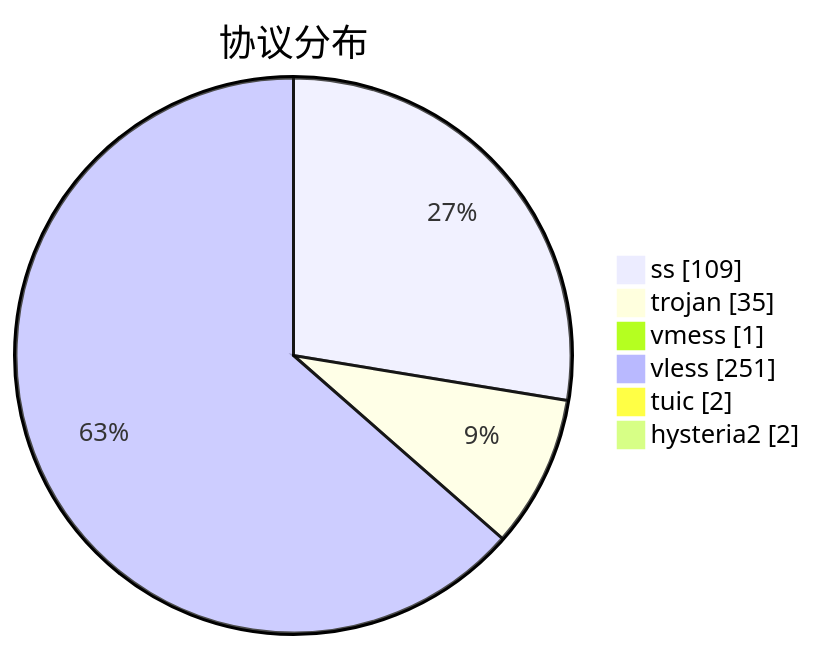
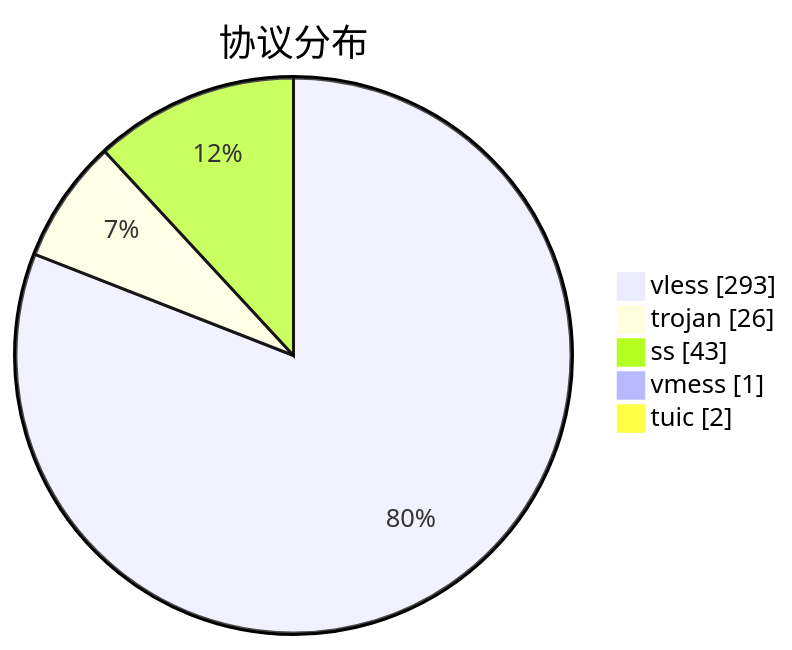
The third of 3 diagrams in subs/statistics/tested_within.md (qjlxg/airport), drawn with Mermaid before and after one commit. The commit also changed other lines of this file and 2 other files, not shown here.

````diff
--- a/subs/statistics/tested_within.md
+++ b/subs/statistics/tested_within.md
@@ -35,10 +28,9 @@
 ```mermaid
 pie showData
 title 协议分布
-"ss" : 109
-"trojan" : 35
+"vless" : 293
+"trojan" : 26
+"ss" : 43
 "vmess" : 1
-"vless" : 251
 "tuic" : 2
-"hysteria2" : 2
 ```
````
